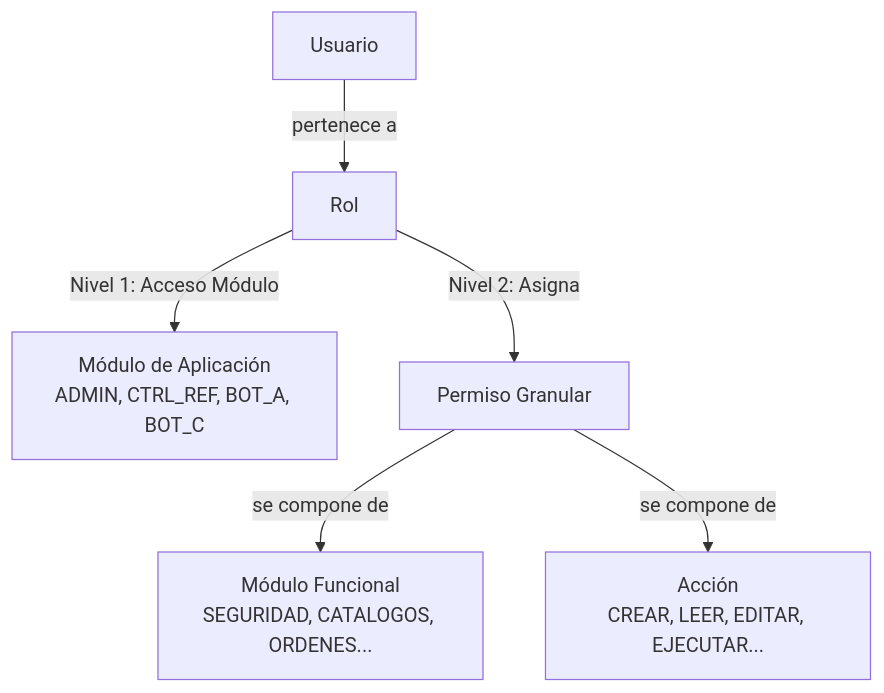
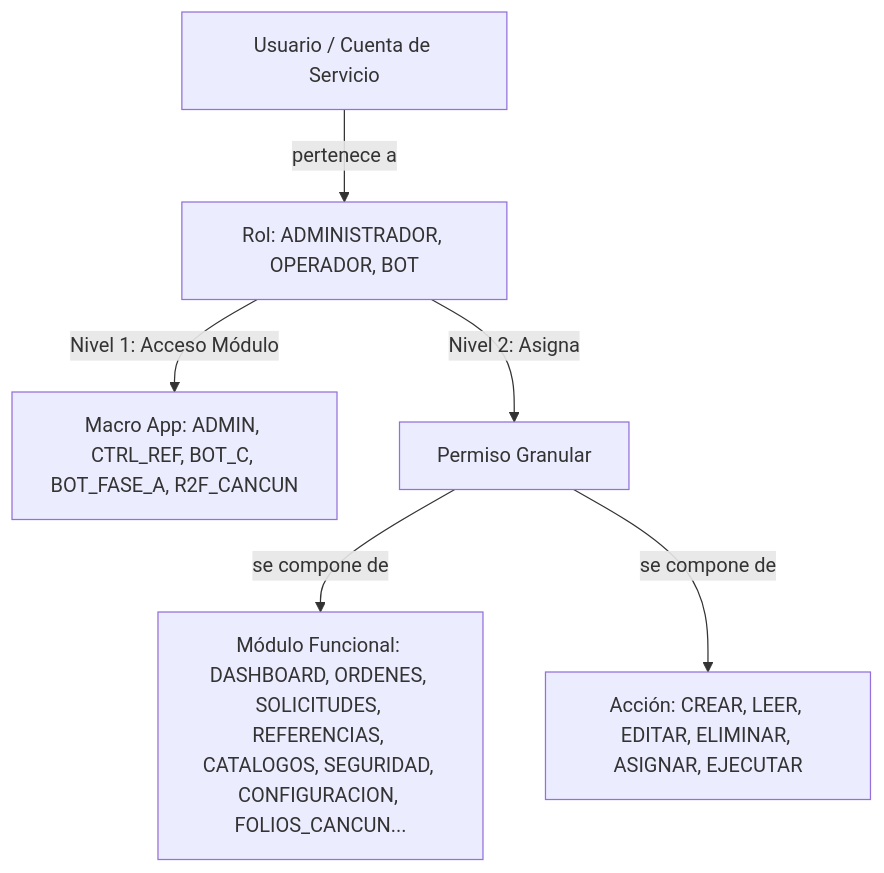
One commit to dramos-gl/Capture_Bot changed the diagram in sar/doc_sar/8_SAR-SEC-001.md. Above: the diagram before and after it, drawn with Mermaid. The commit also changed other lines of this file and 22 other files, not shown here.

````diff
--- a/sar/doc_sar/8_SAR-SEC-001.md
+++ b/sar/doc_sar/8_SAR-SEC-001.md
@@ -175,8 +154,8 @@
 ```mermaid
 graph TD
-    Usuario[Usuario] -->|pertenece a| Rol[Rol]
-    Rol -->|Nivel 1: Acceso Módulo| AppModulo[Módulo de Aplicación<br>ADMIN, CTRL_REF, BOT_A, BOT_C]
+    Usuario[Usuario / Cuenta de Servicio] -->|pertenece a| Rol[Rol: ADMINISTRADOR, OPERADOR, BOT]
+    Rol -->|Nivel 1: Acceso Módulo| AppModulo[Macro App: ADMIN, CTRL_REF, BOT_C, BOT_FASE_A, R2F_CANCUN]
     Rol -->|Nivel 2: Asigna| Permiso[Permiso Granular]
-    Permiso -->|se compone de| Modulo[Módulo Funcional<br>SEGURIDAD, CATALOGOS, ORDENES...]
-    Permiso -->|se compone de| Accion[Acción<br>CREAR, LEER, EDITAR, EJECUTAR...]
+    Permiso -->|se compone de| Modulo[Módulo Funcional: DASHBOARD, ORDENES, SOLICITUDES, REFERENCIAS, CATALOGOS, SEGURIDAD, CONFIGURACION, FOLIOS_CANCUN...]
+    Permiso -->|se compone de| Accion[Acción: CREAR, LEER, EDITAR, ELIMINAR, ASIGNAR, EJECUTAR]
 ```
````
